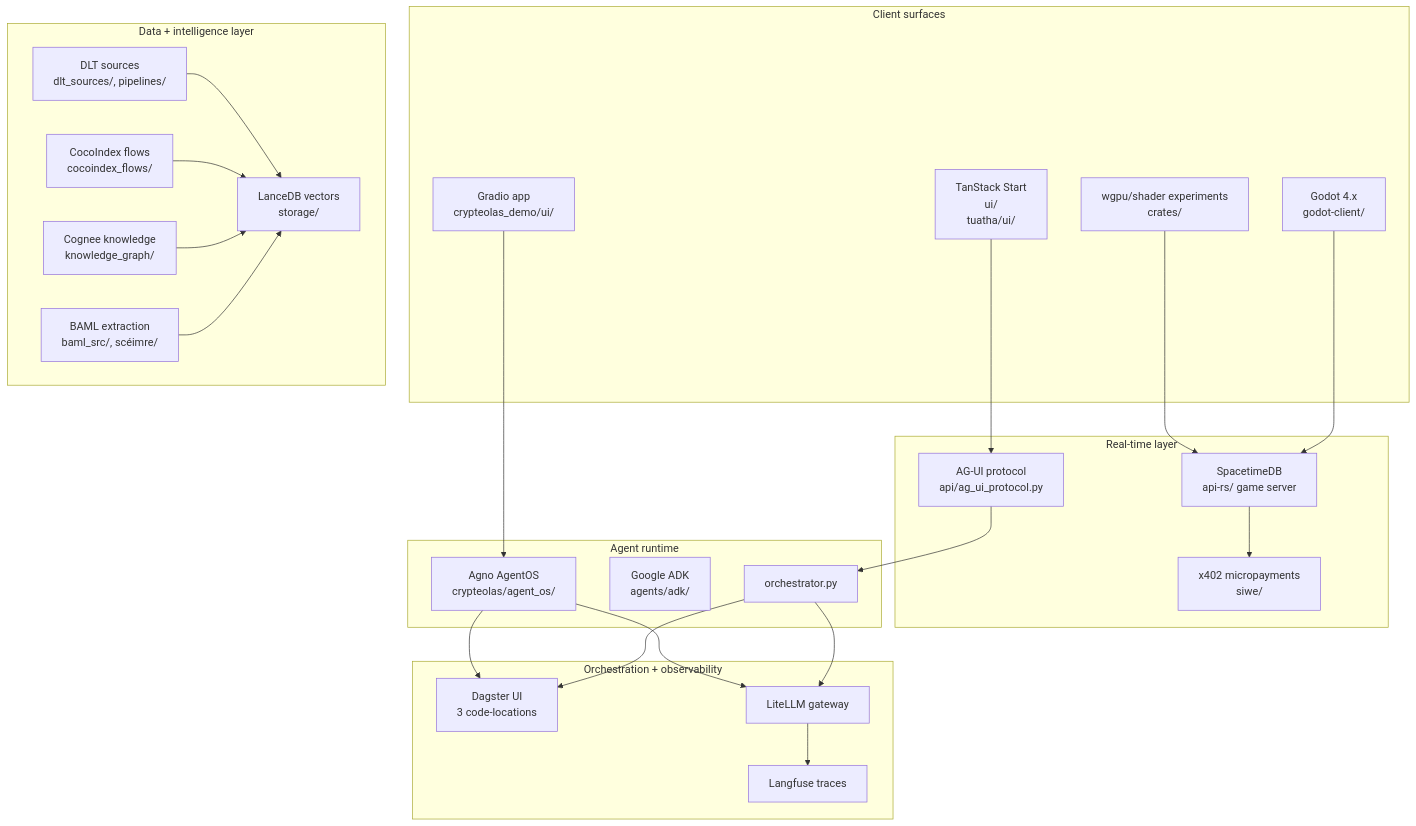
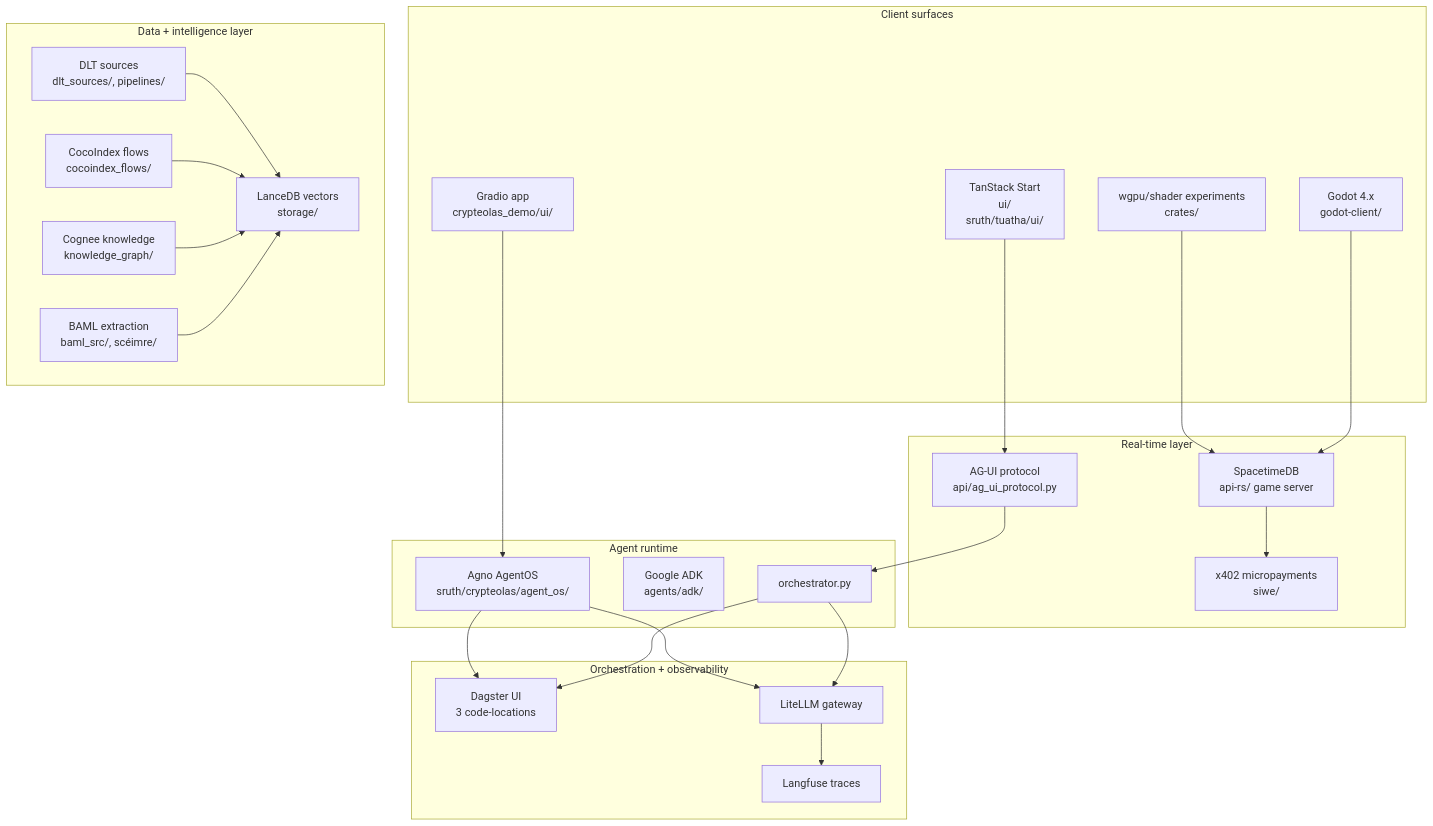
One commit to cianfhoghlaim/cianfhoghlaim changed the diagram in sruth/tuatha/README.md. Above: the diagram before and after it, drawn with Mermaid. The commit also changed other lines of this file and 55 other files, not shown here.

````diff
--- a/sruth/tuatha/README.md
+++ b/sruth/tuatha/README.md
@@ -697,51 +697,51 @@
 ```mermaid
 flowchart TB
     subgraph clients["Client surfaces"]
-        UI[TanStack Start<br/>ui/<br/>tuatha/ui/]
+        UI[TanStack Start<br/>ui/<br/>sruth/tuatha/ui/]
         GODOT[Godot 4.x<br/>godot-client/]
         WEBGPU[wgpu/shader experiments<br/>crates/]
         GRADIO[Gradio app<br/>crypteolas_demo/ui/]
     end
 
     subgraph realtime["Real-time layer"]
         SPACETIME[SpacetimeDB<br/>api-rs/ game server]
         AGUI[AG-UI protocol<br/>api/ag_ui_protocol.py]
         X402[x402 micropayments<br/>siwe/]
     end
 
     subgraph data["Data + intelligence layer"]
         DLT[DLT sources<br/>dlt_sources/, pipelines/]
         BAML[BAML extraction<br/>baml_src/, scéimre/]
         COCO[CocoIndex flows<br/>cocoindex_flows/]
         COG[Cognee knowledge<br/>knowledge_graph/]
         LANCE[LanceDB vectors<br/>storage/]
     end
 
     subgraph agents["Agent runtime"]
         ROOT[orchestrator.py]
         ADK[Google ADK<br/>agents/adk/]
-        AGNO[Agno AgentOS<br/>crypteolas/agent_os/]
+        AGNO[Agno AgentOS<br/>sruth/crypteolas/agent_os/]
     end
 
     subgraph orch["Orchestration + observability"]
         DAGSTER[Dagster UI<br/>3 code-locations]
         LITELLM[LiteLLM gateway]
         LANGFUSE[Langfuse traces]
     end
 
     UI --> AGUI
     GODOT --> SPACETIME
     WEBGPU --> SPACETIME
     GRADIO --> AGNO
     AGUI --> ROOT
     SPACETIME --> X402
     ROOT --> DAGSTER
     AGNO --> DAGSTER
     DLT --> LANCE
     COCO --> LANCE
     COG --> LANCE
     BAML --> LANCE
     ROOT --> LITELLM
     AGNO --> LITELLM
     LITELLM --> LANGFUSE
 ```
````
